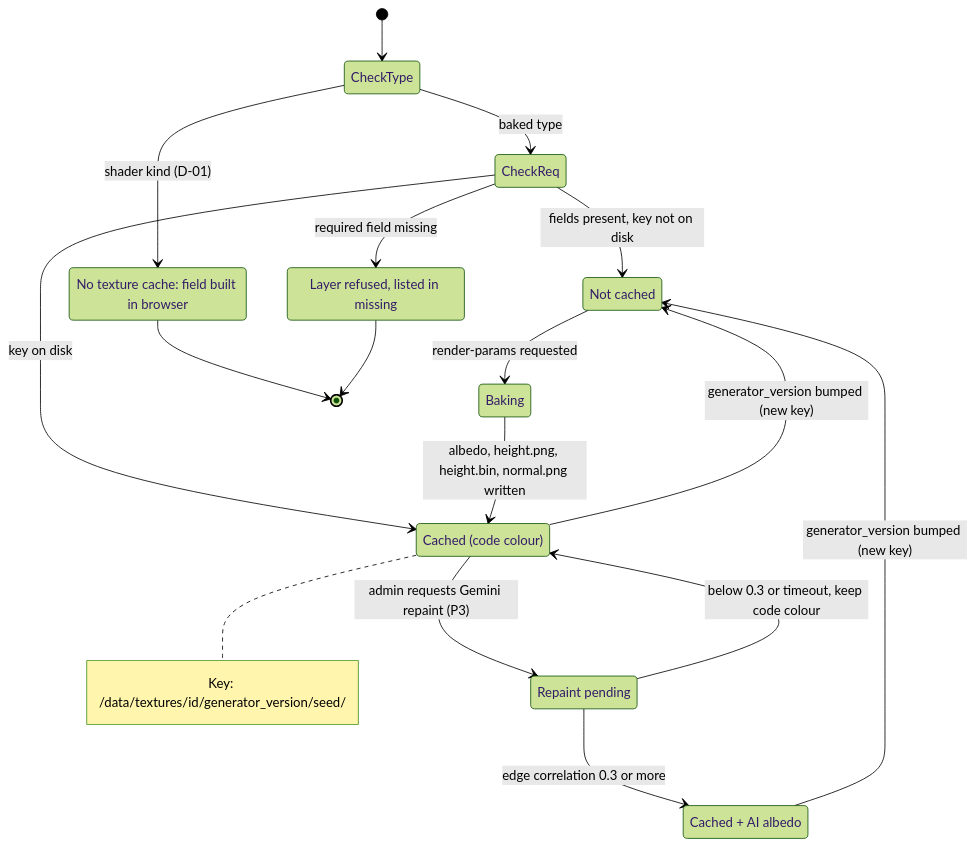
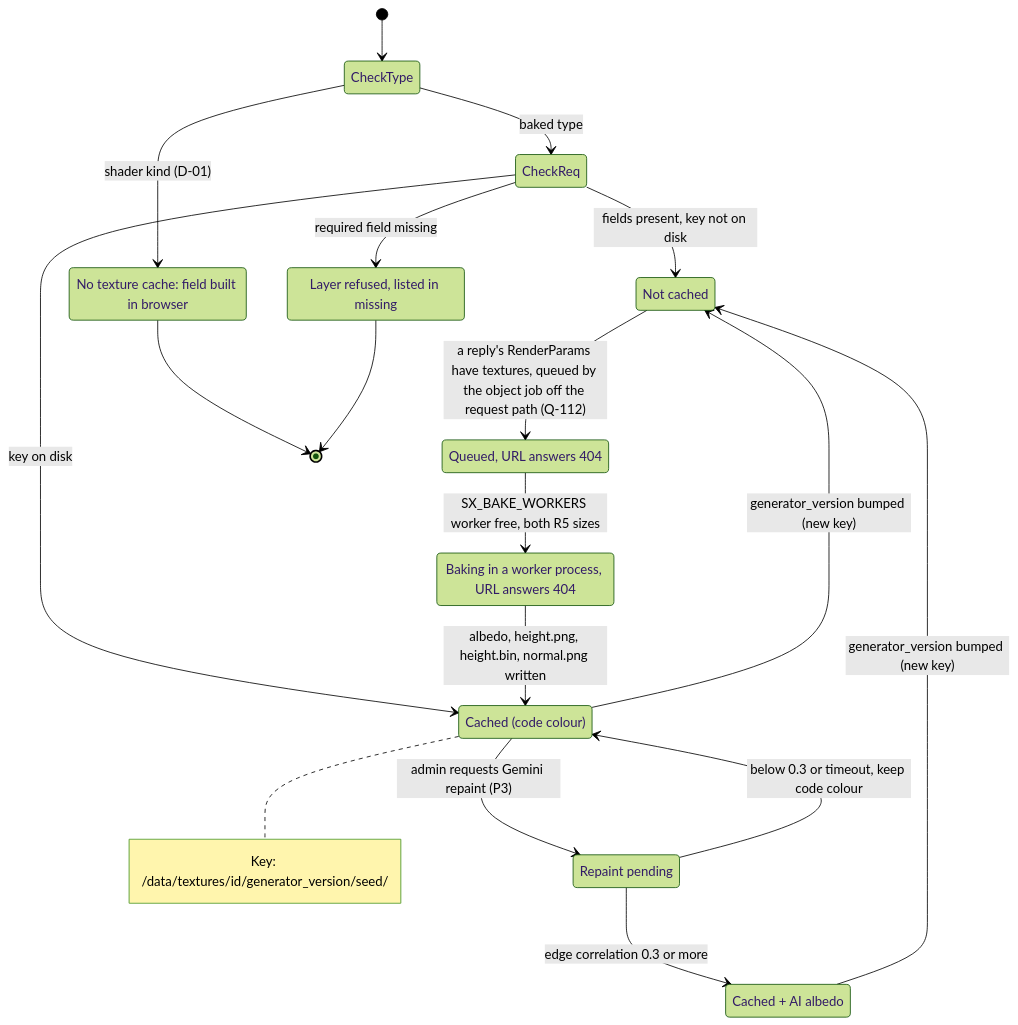
One commit to 0ffrian/SphereX changed the second of 2 diagrams in docs/uml/16-state-asset-lookup.md. Above: the diagram before and after it, drawn with Mermaid (forest theme). The commit also changed other lines of this file and 17 other files, not shown here.

First line of the commit message:
Resolve PR #58 review: docs and UML sync, star first-stage test, job payload model

````diff
--- a/docs/uml/16-state-asset-lookup.md
+++ b/docs/uml/16-state-asset-lookup.md
@@ -45,34 +53,36 @@
 ```mermaid
 stateDiagram-v2
   [*] --> CheckType
   state CheckType <<choice>>
   CheckType --> NoBake : shader kind (D-01)
   CheckType --> CheckReq : baked type
 
   state CheckReq <<choice>>
   CheckReq --> Refused : required field missing
   CheckReq --> NotCached : fields present, key not on disk
   CheckReq --> Cached : key on disk
 
   state "No texture cache: field built in browser" as NoBake
   state "Layer refused, listed in missing" as Refused
   state "Not cached" as NotCached
-  state "Baking" as Baking
+  state "Queued, URL answers 404" as Queued
+  state "Baking in a worker process, URL answers 404" as Baking
   state "Cached (code colour)" as Cached
   state "Repaint pending" as Pending
   state "Cached + AI albedo" as CachedAI
 
-  NotCached --> Baking : render-params requested
+  NotCached --> Queued : a reply's RenderParams have textures, queued by the object job off the request path (Q-112)
+  Queued --> Baking : SX_BAKE_WORKERS worker free, both R5 sizes
   Baking --> Cached : albedo, height.png, height.bin, normal.png written
   Cached --> Pending : admin requests Gemini repaint (P3)
   Pending --> CachedAI : edge correlation 0.3 or more
   Pending --> Cached : below 0.3 or timeout, keep code colour
   Cached --> NotCached : generator_version bumped (new key)
   CachedAI --> NotCached : generator_version bumped (new key)
   NoBake --> [*]
   Refused --> [*]
 
   note right of Cached
     Key: /data/textures/id/generator_version/seed/
   end note
 ```
````
